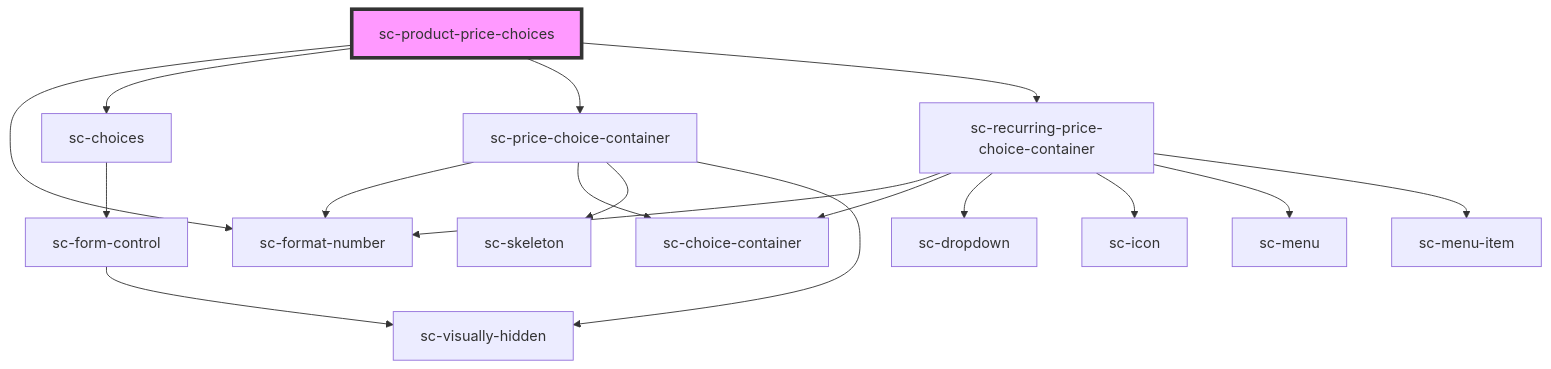
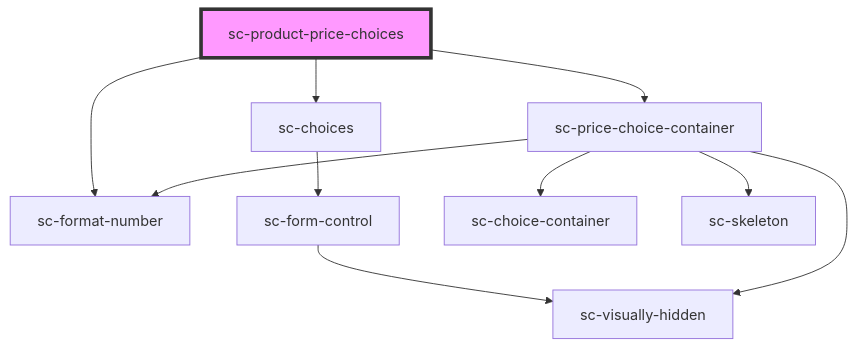
Before and after one commit to surecart/surecart-wp-plugin: the diagram in packages/components/src/components/controllers/product/sc-product-price-choices/readme.md, drawn with Mermaid. The commit also changed other lines of this file and 7 other files, not shown here.

````diff
--- a/packages/components/src/components/controllers/product/sc-product-price-choices/readme.md
+++ b/packages/components/src/components/controllers/product/sc-product-price-choices/readme.md
@@ -27,20 +26,13 @@
 ```mermaid
 graph TD;
   sc-product-price-choices --> sc-format-number
   sc-product-price-choices --> sc-choices
   sc-product-price-choices --> sc-price-choice-container
-  sc-product-price-choices --> sc-recurring-price-choice-container
   sc-choices --> sc-form-control
   sc-form-control --> sc-visually-hidden
   sc-price-choice-container --> sc-format-number
   sc-price-choice-container --> sc-choice-container
   sc-price-choice-container --> sc-skeleton
   sc-price-choice-container --> sc-visually-hidden
-  sc-recurring-price-choice-container --> sc-format-number
-  sc-recurring-price-choice-container --> sc-choice-container
-  sc-recurring-price-choice-container --> sc-dropdown
-  sc-recurring-price-choice-container --> sc-icon
-  sc-recurring-price-choice-container --> sc-menu
-  sc-recurring-price-choice-container --> sc-menu-item
   style sc-product-price-choices fill:#f9f,stroke:#333,stroke-width:4px
 ```
````
